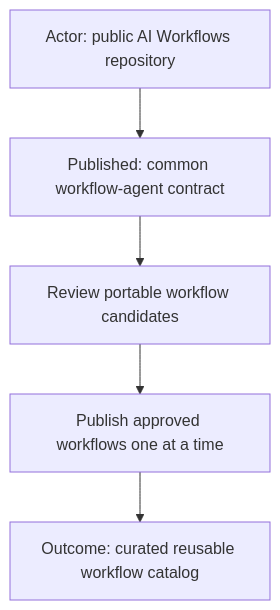
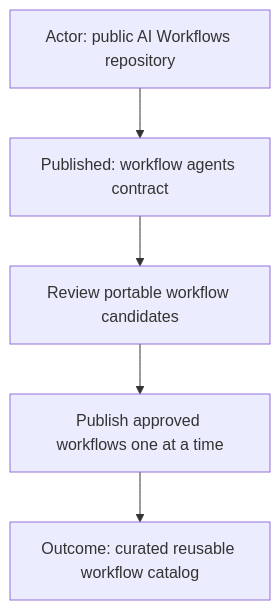
The second of 7 diagrams in README.md (starodubtsevconsulting/ai-workflows), drawn with Mermaid before and after one commit. The commit also changed other lines of this file and 2 other files, not shown here.

Commit message:
Consolidate workflow agent contracts

````diff
--- a/README.md
+++ b/README.md
@@ -16,8 +16,8 @@
 ```mermaid
 flowchart TD
   Actor["Actor: public AI Workflows repository"]
-  Actor --> Common["Published: common workflow-agent contract"]
-  Common --> Review["Review portable workflow candidates"]
+  Actor --> Agents["Published: workflow agents contract"]
+  Agents --> Review["Review portable workflow candidates"]
   Review --> Later["Publish approved workflows one at a time"]
   Later --> Outcome["Outcome: curated reusable workflow catalog"]
 ```
````
